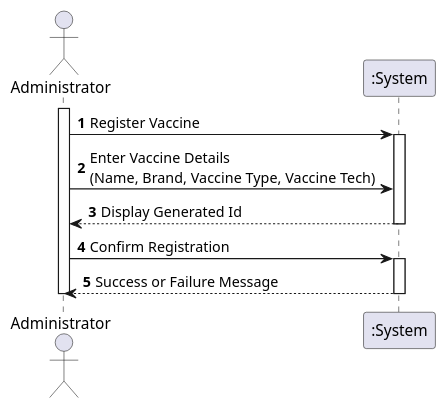
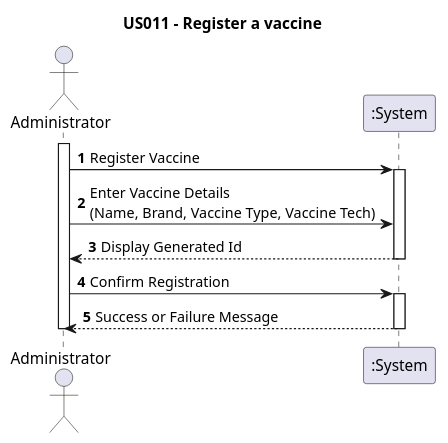
Before and after one commit to tbarracha/upskill-pds-software-development-project-Tiago: the diagram in src/doc/global/User Stories/US011/US011.puml, drawn with PlantUML. The commit also changed 12 other files, not shown here.

```diff
--- a/src/doc/global/User Stories/US011/US011.puml
+++ b/src/doc/global/User Stories/US011/US011.puml
@@ -1,25 +1,27 @@
 @startuml
+title US011 - Register a vaccine
+
 autonumber
 
 actor Administrator as Admin
 participant ":System" as System
 
 activate Admin
     Admin -> System: Register Vaccine
 
     activate System
     ' Form displayed
     Admin -> System: Enter Vaccine Details\n(Name, Brand, Vaccine Type, Vaccine Tech)
 
     'Name and Brand valid
     System --> Admin: Display Generated Id
     deactivate System
 
     Admin -> System: Confirm Registration
     activate System
 
     ' Registration confirmed
     System --> Admin: Success or Failure Message
     deactivate System
 deactivate Admin
 @enduml
```
